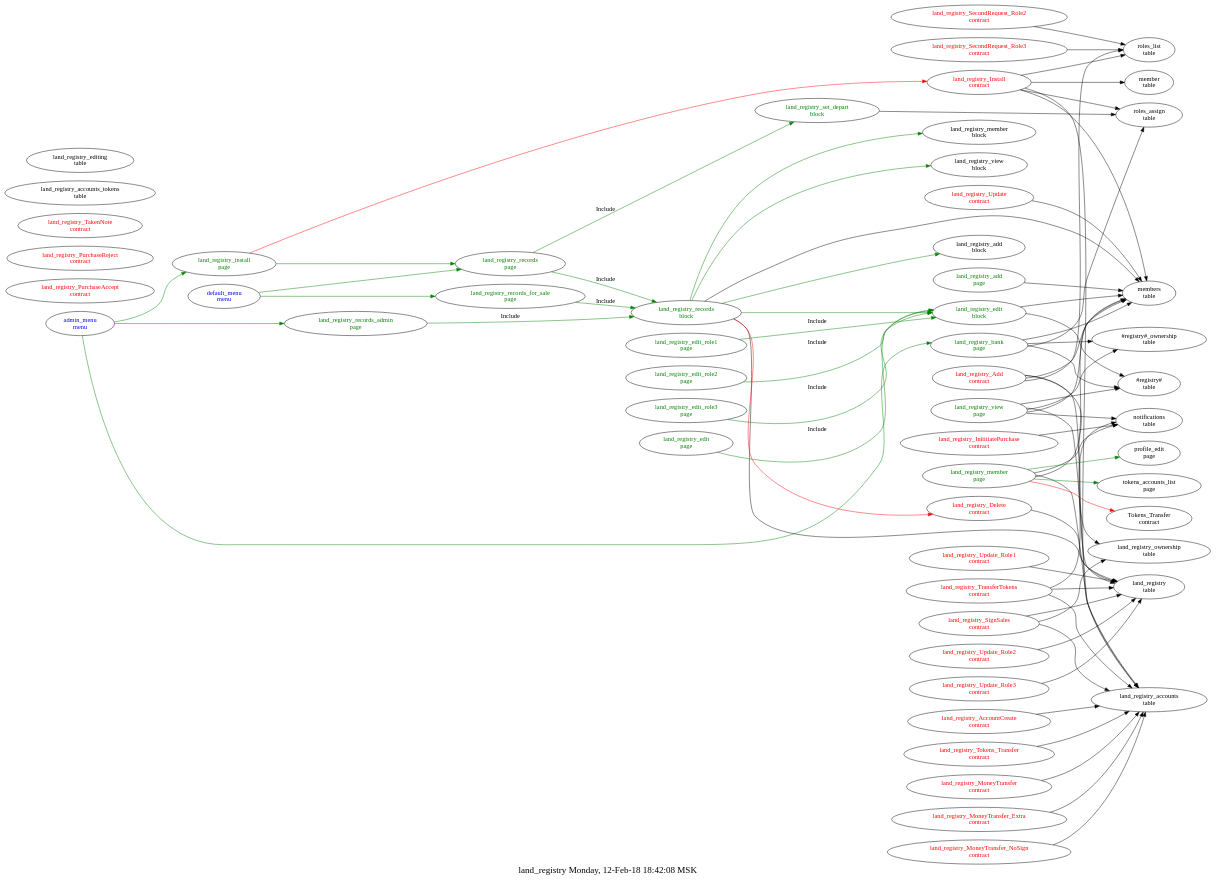
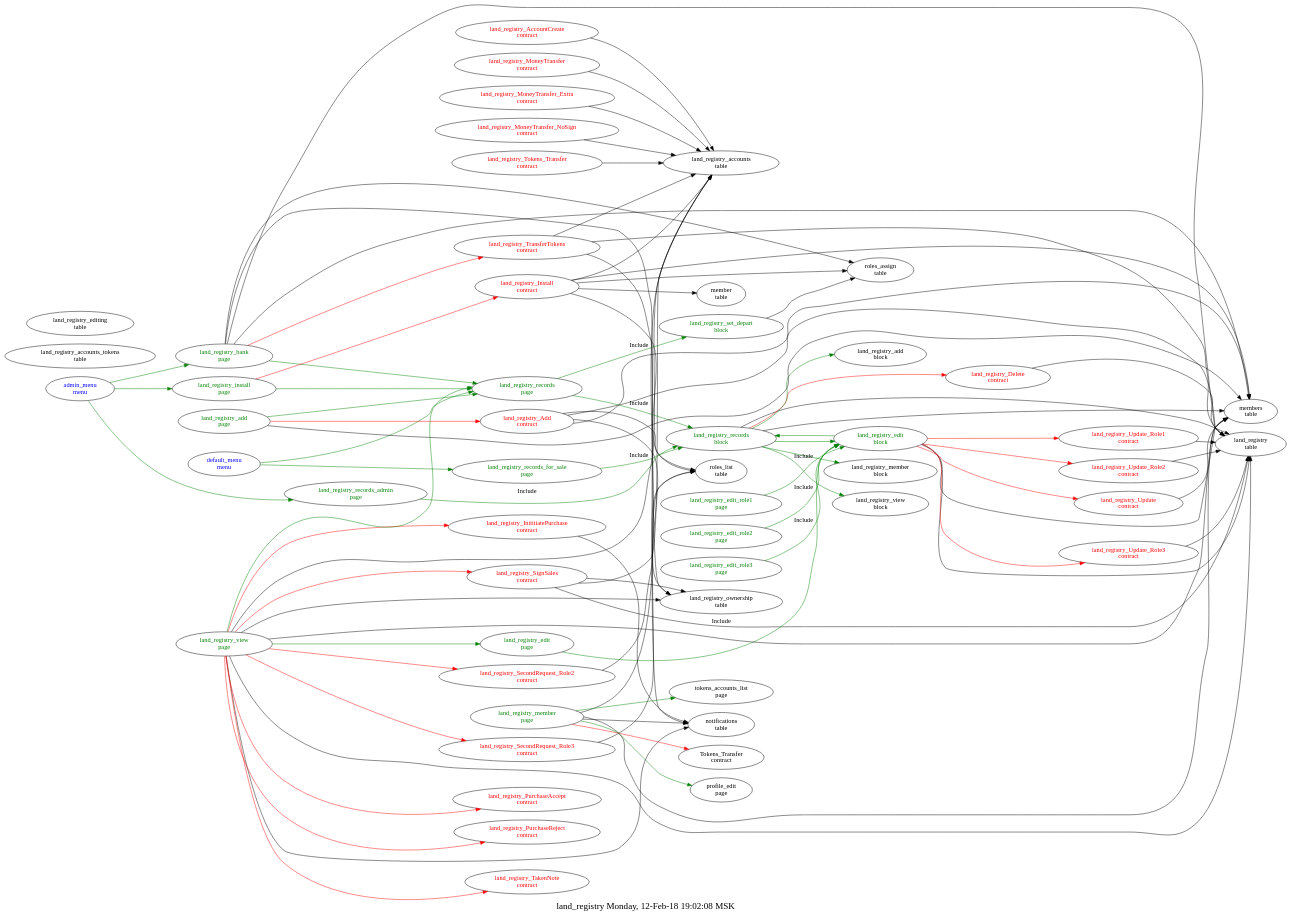
One commit to AplaProject/apps changed the diagram in src/land_registry/struct.dot. Above: the diagram before and after it, drawn with Graphviz.

```diff
--- a/src/land_registry/struct.dot
+++ b/src/land_registry/struct.dot
@@ -1,116 +1,134 @@
 digraph G {
 fontsize="20.0";
-label="land_registry Monday, 12-Feb-18 18:42:08 MSK";
+label="land_registry Monday, 12-Feb-18 19:02:08 MSK";
 rankdir=LR;
 "land_registry_AccountCreate\ncontract" -> "land_registry_accounts\ntable"
 "land_registry_AccountCreate\ncontract" [fontcolor=red, group=contracts];
 "land_registry_Add\ncontract" -> "members\ntable"
 "land_registry_Add\ncontract" -> "roles_list\ntable"
 "land_registry_Add\ncontract" -> "land_registry\ntable"
 "land_registry_Add\ncontract" -> "land_registry_ownership\ntable"
 "land_registry_Add\ncontract" [fontcolor=red, group=contracts];
 "land_registry_Delete\ncontract" -> "land_registry\ntable"
 "land_registry_Delete\ncontract" [fontcolor=red, group=contracts];
 "land_registry_InititiatePurchase\ncontract" -> "notifications\ntable"
 "land_registry_InititiatePurchase\ncontract" [fontcolor=red, group=contracts];
 "land_registry_Install\ncontract" -> "member\ntable"
 "land_registry_Install\ncontract" -> "members\ntable"
 "land_registry_Install\ncontract" -> "land_registry_accounts\ntable"
 "land_registry_Install\ncontract" -> "roles_list\ntable"
 "land_registry_Install\ncontract" -> "roles_assign\ntable"
 "land_registry_Install\ncontract" [fontcolor=red, group=contracts];
 "land_registry_MoneyTransfer\ncontract" -> "land_registry_accounts\ntable"
 "land_registry_MoneyTransfer\ncontract" [fontcolor=red, group=contracts];
 "land_registry_MoneyTransfer_Extra\ncontract" -> "land_registry_accounts\ntable"
 "land_registry_MoneyTransfer_Extra\ncontract" [fontcolor=red, group=contracts];
 "land_registry_MoneyTransfer_NoSign\ncontract" -> "land_registry_accounts\ntable"
 "land_registry_MoneyTransfer_NoSign\ncontract" [fontcolor=red, group=contracts];
 "land_registry_PurchaseAccept\ncontract" [fontcolor=red, group=contracts];
 "land_registry_PurchaseReject\ncontract" [fontcolor=red, group=contracts];
 "land_registry_SecondRequest_Role2\ncontract" -> "roles_list\ntable"
 "land_registry_SecondRequest_Role2\ncontract" [fontcolor=red, group=contracts];
 "land_registry_SecondRequest_Role3\ncontract" -> "roles_list\ntable"
 "land_registry_SecondRequest_Role3\ncontract" [fontcolor=red, group=contracts];
 "land_registry_Tokens_Transfer\ncontract" -> "land_registry_accounts\ntable"
 "land_registry_Tokens_Transfer\ncontract" [fontcolor=red, group=contracts];
 "land_registry_TakenNote\ncontract" [fontcolor=red, group=contracts];
 "land_registry_SignSales\ncontract" -> "land_registry_ownership\ntable"
 "land_registry_SignSales\ncontract" -> "land_registry\ntable"
 "land_registry_SignSales\ncontract" -> "land_registry_accounts\ntable"
 "land_registry_SignSales\ncontract" [fontcolor=red, group=contracts];
 "land_registry_TransferTokens\ncontract" -> "notifications\ntable"
 "land_registry_TransferTokens\ncontract" -> "land_registry\ntable"
 "land_registry_TransferTokens\ncontract" -> "land_registry_accounts\ntable"
 "land_registry_TransferTokens\ncontract" [fontcolor=red, group=contracts];
 "land_registry_Update\ncontract" -> "members\ntable"
 "land_registry_Update\ncontract" [fontcolor=red, group=contracts];
 "land_registry_Update_Role1\ncontract" -> "land_registry\ntable"
 "land_registry_Update_Role1\ncontract" [fontcolor=red, group=contracts];
 "land_registry_Update_Role2\ncontract" -> "land_registry\ntable"
 "land_registry_Update_Role2\ncontract" [fontcolor=red, group=contracts];
 "land_registry_Update_Role3\ncontract" -> "land_registry\ntable"
 "land_registry_Update_Role3\ncontract" [fontcolor=red, group=contracts];
 "admin_menu\nmenu" -> "land_registry_records_admin\npage"  [ color=green ]
 "admin_menu\nmenu" -> "land_registry_bank\npage"  [ color=green ]
 "admin_menu\nmenu" -> "land_registry_install\npage"  [ color=green ]
 "admin_menu\nmenu" [fontcolor=blue, group=menus];
 "default_menu\nmenu" -> "land_registry_records\npage"  [ color=green ]
 "default_menu\nmenu" -> "land_registry_records_for_sale\npage"  [ color=green ]
 "default_menu\nmenu" [fontcolor=blue, group=menus];
-"land_registry_edit\nblock" -> "#registry#\ntable"
+"land_registry_edit\nblock" -> "land_registry_Update_Role1\ncontract"  [ color=red ]
+"land_registry_edit\nblock" -> "land_registry_Update_Role2\ncontract"  [ color=red ]
+"land_registry_edit\nblock" -> "land_registry_Update_Role3\ncontract"  [ color=red ]
+"land_registry_edit\nblock" -> "land_registry_Update\ncontract"  [ color=red ]
+"land_registry_edit\nblock" -> "land_registry\ntable"
 "land_registry_edit\nblock" -> "members\ntable"
+"land_registry_edit\nblock" -> "land_registry_records\nblock"  [ color=green ]
 "land_registry_edit\nblock" [fontcolor=green, group=blocks];
 "land_registry_records\nblock" -> "land_registry_Delete\ncontract"  [ color=red ]
 "land_registry_records\nblock" -> "land_registry\ntable"
 "land_registry_records\nblock" -> "members\ntable"
 "land_registry_records\nblock" -> "land_registry_member\nblock"  [ color=green ]
 "land_registry_records\nblock" -> "land_registry_view\nblock"  [ color=green ]
 "land_registry_records\nblock" -> "land_registry_edit\nblock"  [ color=green ]
 "land_registry_records\nblock" -> "land_registry_add\nblock"  [ color=green ]
 "land_registry_records\nblock" [fontcolor=green, group=blocks];
 "land_registry_set_depart\nblock" -> "roles_assign\ntable"
 "land_registry_set_depart\nblock" [fontcolor=green, group=blocks];
+"land_registry_add\npage" -> "land_registry_Add\ncontract"  [ color=red ]
 "land_registry_add\npage" -> "members\ntable"
+"land_registry_add\npage" -> "land_registry_records\npage"  [ color=green ]
 "land_registry_add\npage" [fontcolor=green, group=pages];
-"land_registry_bank\npage" -> "#registry#_ownership\ntable"
-"land_registry_bank\npage" -> "#registry#\ntable"
+"land_registry_bank\npage" -> "land_registry_TransferTokens\ncontract"  [ color=red ]
+"land_registry_bank\npage" -> "land_registry_ownership\ntable"
+"land_registry_bank\npage" -> "land_registry\ntable"
 "land_registry_bank\npage" -> "roles_assign\ntable"
 "land_registry_bank\npage" -> "members\ntable"
+"land_registry_bank\npage" -> "land_registry_records\npage"  [ color=green ]
 "land_registry_bank\npage" [fontcolor=green, group=pages];
 "land_registry_edit\npage" -> "land_registry_edit\nblock"  [ color=green, label=Include ]
 "land_registry_edit\npage" [fontcolor=green, group=pages];
 "land_registry_edit_role1\npage" -> "land_registry_edit\nblock"  [ color=green, label=Include ]
 "land_registry_edit_role1\npage" [fontcolor=green, group=pages];
 "land_registry_edit_role2\npage" -> "land_registry_edit\nblock"  [ color=green, label=Include ]
 "land_registry_edit_role2\npage" [fontcolor=green, group=pages];
 "land_registry_edit_role3\npage" -> "land_registry_edit\nblock"  [ color=green, label=Include ]
 "land_registry_edit_role3\npage" [fontcolor=green, group=pages];
 "land_registry_install\npage" -> "land_registry_Install\ncontract"  [ color=red ]
 "land_registry_install\npage" -> "land_registry_records\npage"  [ color=green ]
 "land_registry_install\npage" [fontcolor=green, group=pages];
 "land_registry_member\npage" -> "Tokens_Transfer\ncontract"  [ color=red ]
 "land_registry_member\npage" -> "members\ntable"
 "land_registry_member\npage" -> "notifications\ntable"
 "land_registry_member\npage" -> "land_registry_accounts\ntable"
 "land_registry_member\npage" -> "profile_edit\npage"  [ color=green ]
 "land_registry_member\npage" -> "tokens_accounts_list\npage"  [ color=green ]
 "land_registry_member\npage" [fontcolor=green, group=pages];
 "land_registry_records\npage" -> "land_registry_set_depart\nblock"  [ color=green, label=Include ]
 "land_registry_records\npage" -> "land_registry_records\nblock"  [ color=green, label=Include ]
 "land_registry_records\npage" [fontcolor=green, group=pages];
 "land_registry_records_admin\npage" -> "land_registry_records\nblock"  [ color=green, label=Include ]
 "land_registry_records_admin\npage" [fontcolor=green, group=pages];
 "land_registry_records_for_sale\npage" -> "land_registry_records\nblock"  [ color=green, label=Include ]
 "land_registry_records_for_sale\npage" [fontcolor=green, group=pages];
-"land_registry_view\npage" -> "#registry#\ntable"
-"land_registry_view\npage" -> "#registry#_ownership\ntable"
+"land_registry_view\npage" -> "land_registry_SecondRequest_Role2\ncontract"  [ color=red ]
+"land_registry_view\npage" -> "land_registry_SecondRequest_Role3\ncontract"  [ color=red ]
+"land_registry_view\npage" -> "land_registry_InititiatePurchase\ncontract"  [ color=red ]
+"land_registry_view\npage" -> "land_registry_PurchaseReject\ncontract"  [ color=red ]
+"land_registry_view\npage" -> "land_registry_PurchaseAccept\ncontract"  [ color=red ]
+"land_registry_view\npage" -> "land_registry_SignSales\ncontract"  [ color=red ]
+"land_registry_view\npage" -> "land_registry_TakenNote\ncontract"  [ color=red ]
+"land_registry_view\npage" -> "land_registry\ntable"
+"land_registry_view\npage" -> "land_registry_ownership\ntable"
 "land_registry_view\npage" -> "members\ntable"
 "land_registry_view\npage" -> "notifications\ntable"
 "land_registry_view\npage" -> "land_registry_accounts\ntable"
+"land_registry_view\npage" -> "land_registry_records\npage"  [ color=green ]
+"land_registry_view\npage" -> "land_registry_edit\npage"  [ color=green ]
 "land_registry_view\npage" [fontcolor=green, group=pages];
 "land_registry\ntable" [group=tables];
 "land_registry_accounts\ntable" [group=tables];
 "land_registry_accounts_tokens\ntable" [group=tables];
 "land_registry_editing\ntable" [group=tables];
 "land_registry_ownership\ntable" [group=tables];
 }
```
